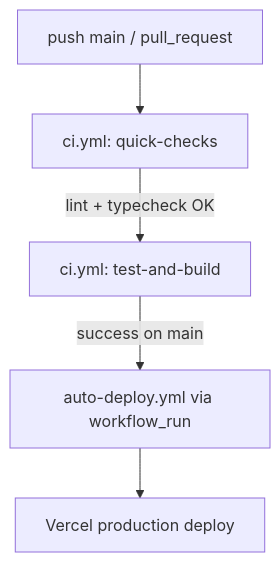
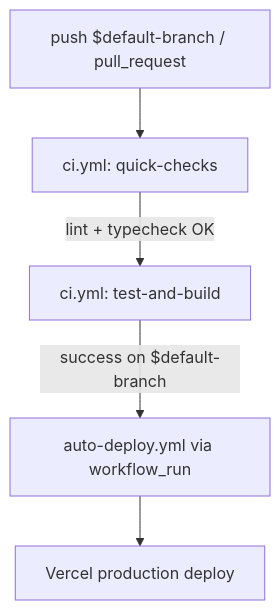
The diagram in NOTES/runbook.md (NeXifyAI-cloud/opencarbox), drawn with Mermaid before and after one commit. The commit also changed other lines of this file and 10 other files, not shown here.

Commit message:
ci: harden workflows for default-branch and deployment automation

````diff
--- a/NOTES/runbook.md
+++ b/NOTES/runbook.md
@@ -98,7 +98,7 @@
 ```mermaid
 flowchart TD
-  A[push main / pull_request] --> B[ci.yml: quick-checks]
+  A[push $default-branch / pull_request] --> B[ci.yml: quick-checks]
   B -->|lint + typecheck OK| C[ci.yml: test-and-build]
-  C -->|success on main| D[auto-deploy.yml via workflow_run]
+  C -->|success on $default-branch| D[auto-deploy.yml via workflow_run]
   D --> E[Vercel production deploy]
 ```
````
